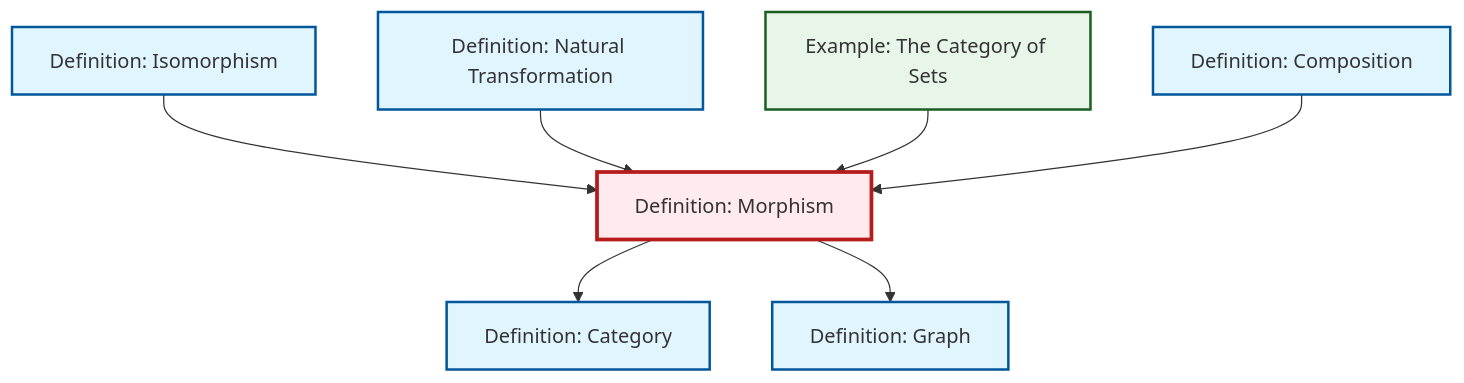
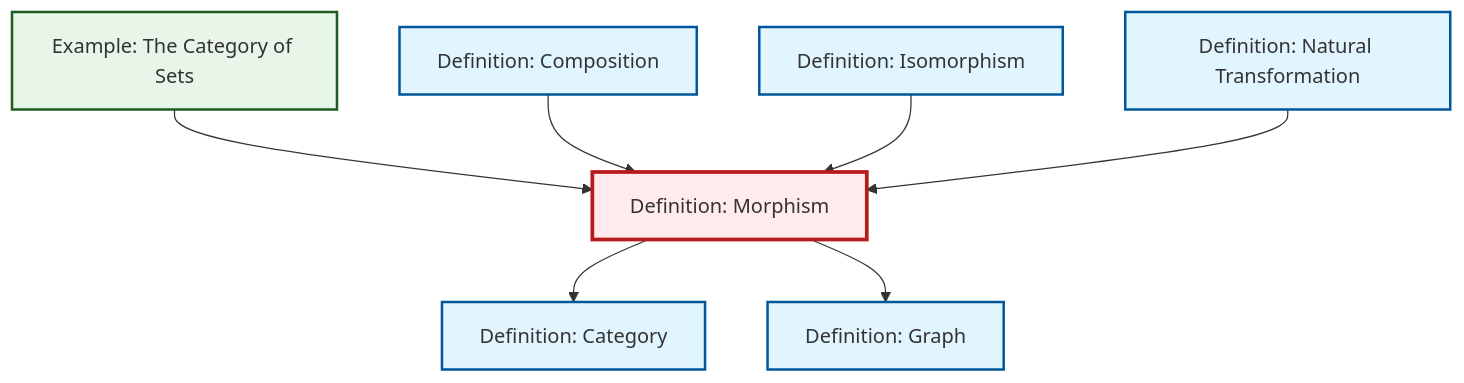
Before and after one commit to RK0429/ModernMath: the diagram in content/ja/category-theory/def-morphism.qmd, drawn with Mermaid. The commit also changed other lines of this file and 474 other files, not shown here.

````diff
--- a/content/ja/category-theory/def-morphism.qmd
+++ b/content/ja/category-theory/def-morphism.qmd
@@ -57,29 +57,29 @@
 ```{mermaid}
 %%| fig-cap: "Local dependency graph"
 graph TD
     classDef definition fill:#e1f5fe,stroke:#01579b,stroke-width:2px
     classDef theorem fill:#f3e5f5,stroke:#4a148c,stroke-width:2px
     classDef axiom fill:#fff3e0,stroke:#e65100,stroke-width:2px
     classDef example fill:#e8f5e9,stroke:#1b5e20,stroke-width:2px
     classDef current fill:#ffebee,stroke:#b71c1c,stroke-width:3px
+    def-isomorphism["Definition: Isomorphism"]:::definition
+    def-natural-transformation["Definition: Natural Transformation"]:::definition
+    def-graph["Definition: Graph"]:::definition
+    def-category["Definition: Category"]:::definition
     def-morphism["Definition: Morphism"]:::definition
     ex-set-category["Example: The Category of Sets"]:::example
-    def-category["Definition: Category"]:::definition
-    def-graph["Definition: Graph"]:::definition
     def-composition["Definition: Composition"]:::definition
-    def-natural-transformation["Definition: Natural Transformation"]:::definition
-    def-isomorphism["Definition: Isomorphism"]:::definition
+    ex-set-category --> def-morphism
     def-morphism --> def-category
+    def-composition --> def-morphism
+    def-isomorphism --> def-morphism
     def-morphism --> def-graph
-    def-isomorphism --> def-morphism
     def-natural-transformation --> def-morphism
-    ex-set-category --> def-morphism
-    def-composition --> def-morphism
     class def-morphism current
+    click def-isomorphism "def-isomorphism.html" "Definition: Isomorphismへ"
+    click def-natural-transformation "def-natural-transformation.html" "Definition: Natural Transformationへ"
+    click def-graph "def-graph.html" "Definition: Graphへ"
+    click def-category "def-category.html" "Definition: Categoryへ"
     click ex-set-category "ex-set-category.html" "Example: The Category of Setsへ"
-    click def-category "def-category.html" "Definition: Categoryへ"
-    click def-graph "def-graph.html" "Definition: Graphへ"
     click def-composition "def-composition.html" "Definition: Compositionへ"
-    click def-natural-transformation "def-natural-transformation.html" "Definition: Natural Transformationへ"
-    click def-isomorphism "def-isomorphism.html" "Definition: Isomorphismへ"
 ```
````
